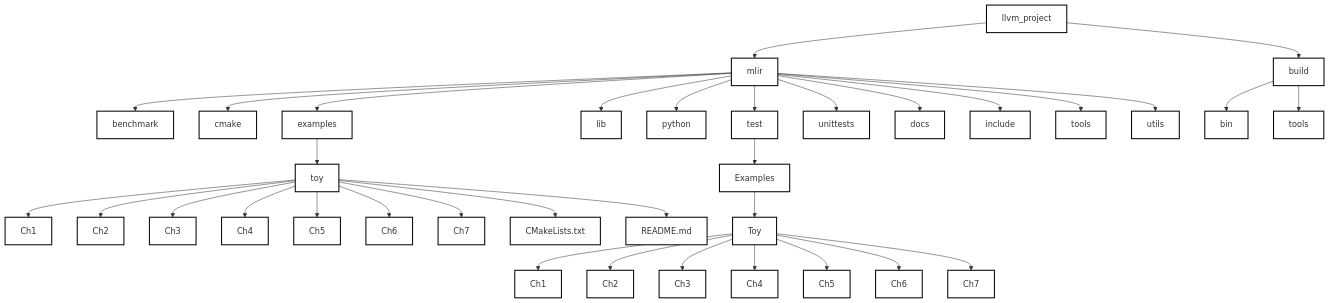
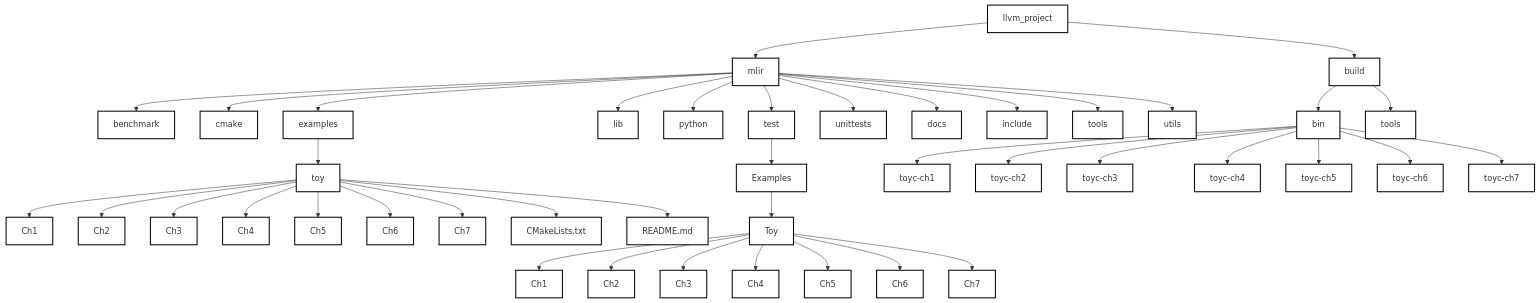
Before and after one commit to Ameya674/mlir_for_beginners: the third of 3 diagrams in Introduction.md, drawn with Mermaid.

```diff
--- a/Introduction.md
+++ b/Introduction.md
@@ -227,6 +227,22 @@
   Toy --> Toy_Ch6
   Toy --> Toy_Ch7
 
+  toyc-ch1["toyc-ch1"]
+  toyc-ch2["toyc-ch2"]
+  toyc-ch3["toyc-ch3"]
+  toyc-ch4["toyc-ch4"]
+  toyc-ch5["toyc-ch5"]
+  toyc-ch6["toyc-ch6"]
+  toyc-ch7["toyc-ch7"]
+
+  bin --> toyc-ch1
+  bin --> toyc-ch2
+  bin --> toyc-ch3
+  bin --> toyc-ch4
+  bin --> toyc-ch5
+  bin --> toyc-ch6
+  bin --> toyc-ch7
+
   classDef default fill:#fff,stroke:#000,stroke-width:2px;
   class mlir_box default;
   class toy_examples_box default;
```
